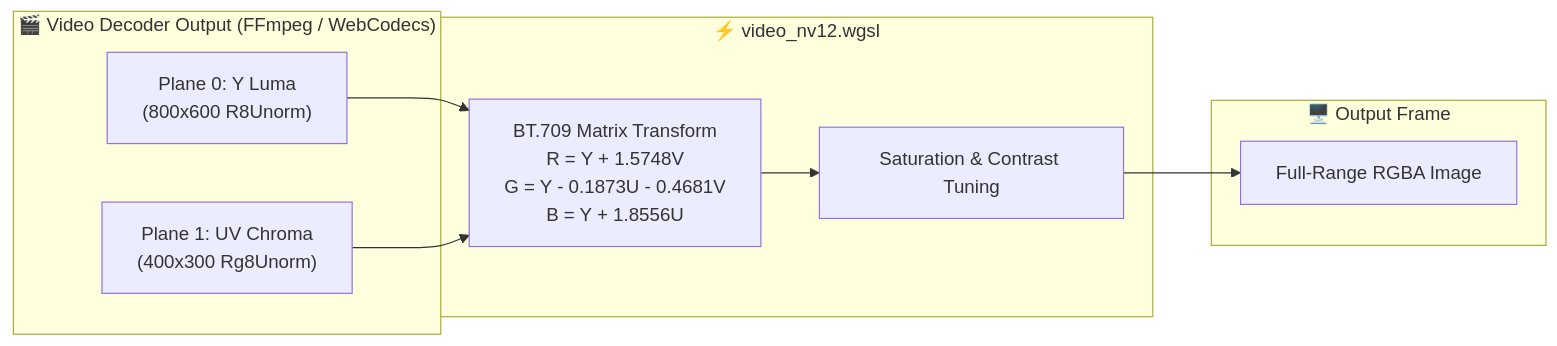
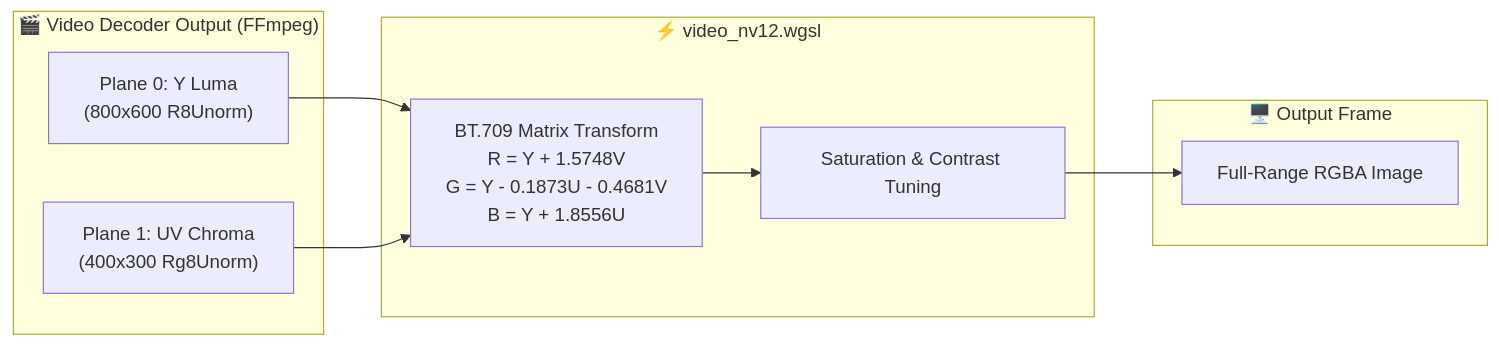
The diagram in crates/ifol-gpu/tests/reports/tc99_video_nv12_pipeline_report.md (danphong23/ifol-animation), drawn with Mermaid before and after one commit. The commit also changed other lines of this file and 6 other files, not shown here.

````diff
--- a/crates/ifol-gpu/tests/reports/tc99_video_nv12_pipeline_report.md
+++ b/crates/ifol-gpu/tests/reports/tc99_video_nv12_pipeline_report.md
@@ -18,21 +19,21 @@
 ```mermaid
 flowchart LR
-    subgraph Video_Decoder["🎬 Video Decoder Output (FFmpeg / WebCodecs)"]
+    subgraph Video_Decoder["🎬 Video Decoder Output (FFmpeg)"]
         Y["Plane 0: Y Luma<br/>(800x600 R8Unorm)"]
         UV["Plane 1: UV Chroma<br/>(400x300 Rg8Unorm)"]
     end
 
     subgraph GPU_Shader["⚡ video_nv12.wgsl"]
         BT["BT.709 Matrix Transform<br/>R = Y + 1.5748V<br/>G = Y - 0.1873U - 0.4681V<br/>B = Y + 1.8556U"]
         ADJ["Saturation & Contrast Tuning"]
         BT --> ADJ
     end
 
     subgraph Output["🖥️ Output Frame"]
         RGB["Full-Range RGBA Image"]
     end
 
     Y --> BT
     UV --> BT
     ADJ --> RGB
 ```
````
